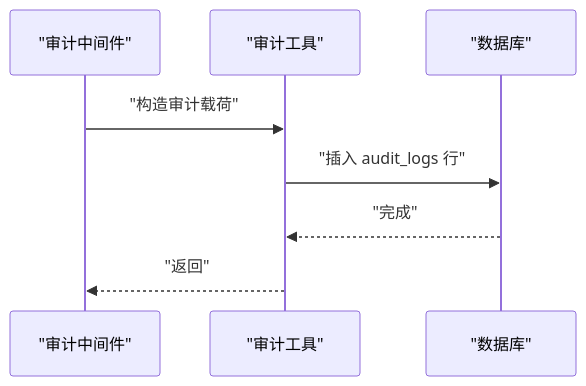
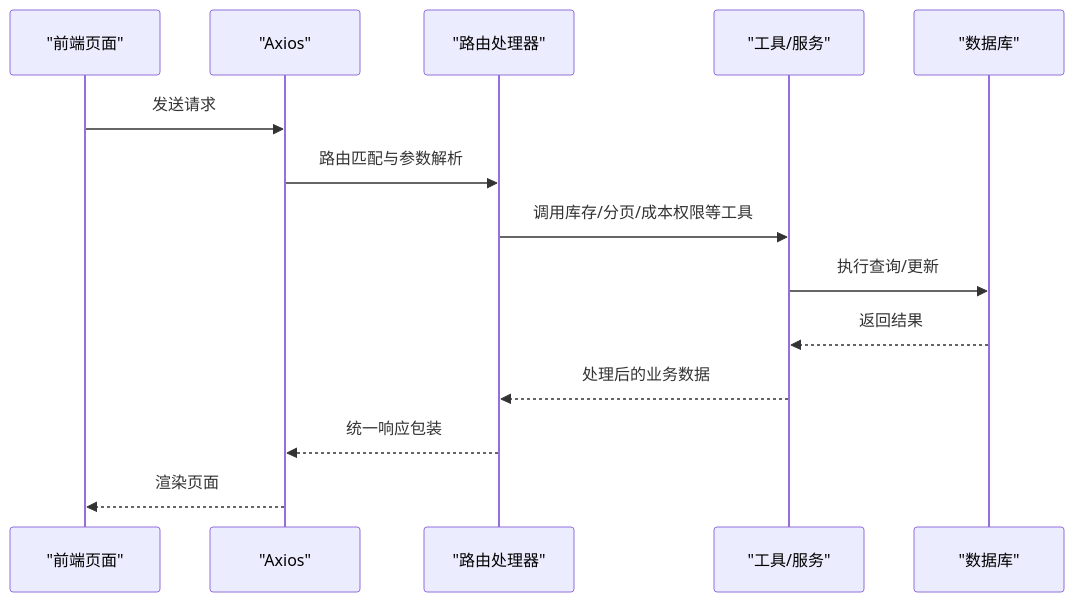
One commit to Juny09/inventory_system changed the fifth of 7 diagrams in .qoder/repowiki/zh/content/系统架构/系统架构.md. Above: the diagram before and after it, drawn with Mermaid. The commit also changed other lines of this file and 171 other files, not shown here.

````diff
--- a/.qoder/repowiki/zh/content/系统架构/系统架构.md
+++ b/.qoder/repowiki/zh/content/系统架构/系统架构.md
@@ -228,10 +260,16 @@
 ```mermaid
 sequenceDiagram
-participant MW as "审计中间件"
-participant LOG as "审计工具"
+participant FE as "前端页面"
+participant AX as "Axios"
+participant RT as "路由处理器"
+participant UT as "工具/服务"
 participant DB as "数据库"
-MW->>LOG : "构造审计载荷"
-LOG->>DB : "插入 audit_logs 行"
-DB-->>LOG : "完成"
-LOG-->>MW : "返回"
+FE->>AX : 发送请求
+AX->>RT : 路由匹配与参数解析
+RT->>UT : 调用库存/分页/成本权限等工具
+UT->>DB : 执行查询/更新
+DB-->>UT : 返回结果
+UT-->>RT : 处理后的业务数据
+RT-->>AX : 统一响应包装
+AX-->>FE : 渲染页面
 ```
````
